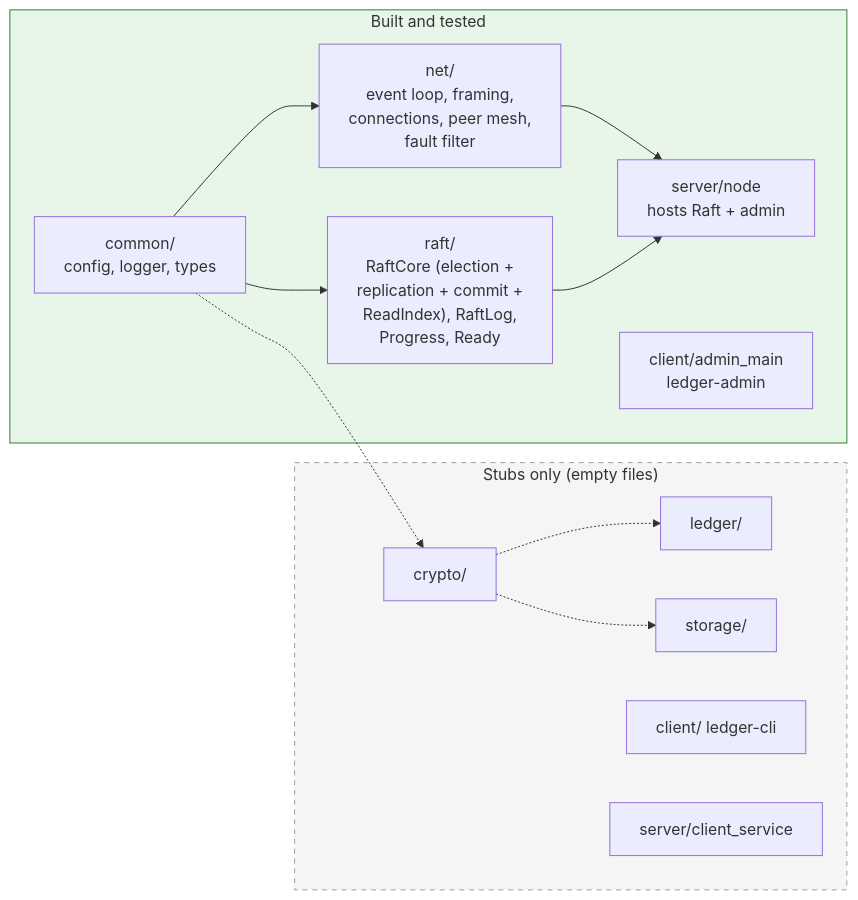
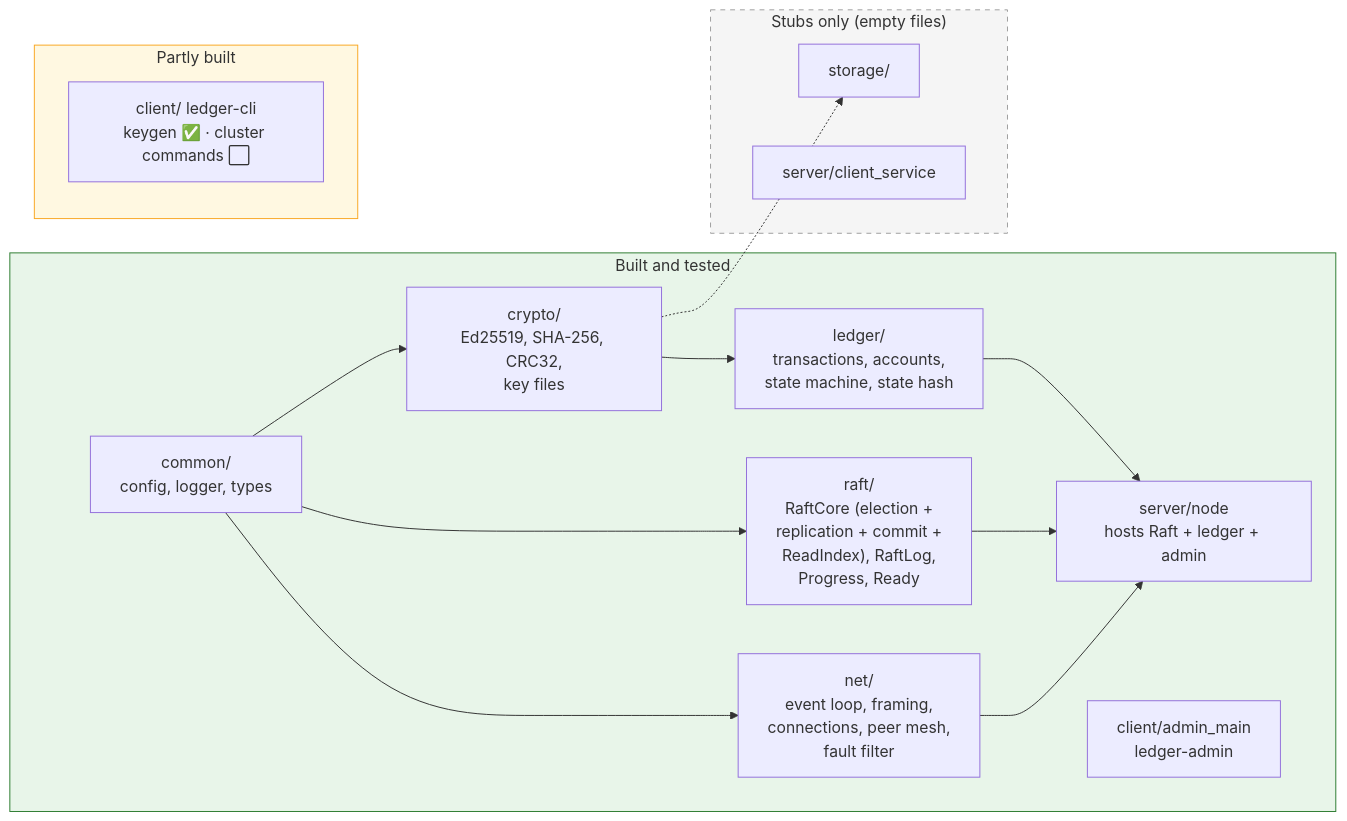
One commit to D1vyanshu1/QuorumPay changed the third of 12 diagrams in progress.md. Above: the diagram before and after it, drawn with Mermaid. The commit also changed other lines of this file and 40 other files, not shown here.

Commit message:
crypto +tx+state  machine

````diff
--- a/progress.md
+++ b/progress.md
@@ -79,24 +79,27 @@
 ```mermaid
 flowchart LR
     subgraph built["Built and tested"]
         common["common/<br/>config, logger, types"]
         net["net/<br/>event loop, framing,<br/>connections, peer mesh,<br/>fault filter"]
         raft["raft/<br/>RaftCore (election +<br/>replication + commit +<br/>ReadIndex), RaftLog,<br/>Progress, Ready"]
-        server["server/node<br/>hosts Raft + admin"]
+        server["server/node<br/>hosts Raft + ledger + admin"]
         admin["client/admin_main<br/>ledger-admin"]
+        crypto["crypto/<br/>Ed25519, SHA-256, CRC32,<br/>key files"]
+        ledger["ledger/<br/>transactions, accounts,<br/>state machine, state hash"]
+    end
+    subgraph partial["Partly built"]
+        cli["client/ ledger-cli<br/>keygen ✅ · cluster commands ⬜"]
     end
     subgraph stubs["Stubs only (empty files)"]
-        crypto["crypto/"]
-        ledger["ledger/"]
         storage["storage/"]
-        cli["client/ ledger-cli"]
         svc["server/client_service"]
     end
     common --> net --> server
     common --> raft --> server
-    common -.-> crypto -.-> ledger
+    common --> crypto --> ledger --> server
     crypto -.-> storage
 
     style built fill:#e8f5e9,stroke:#2e7d32
+    style partial fill:#fff8e1,stroke:#f9a825
     style stubs fill:#f5f5f5,stroke:#9e9e9e,stroke-dasharray: 5 5
 ```
````
